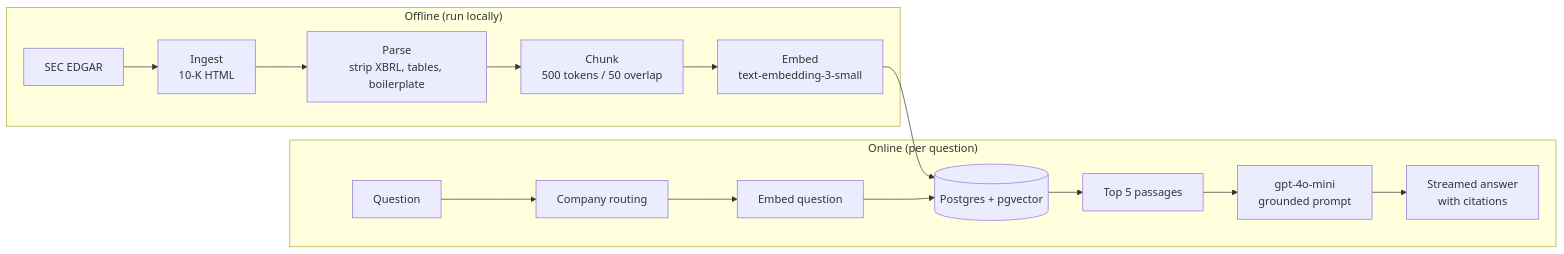
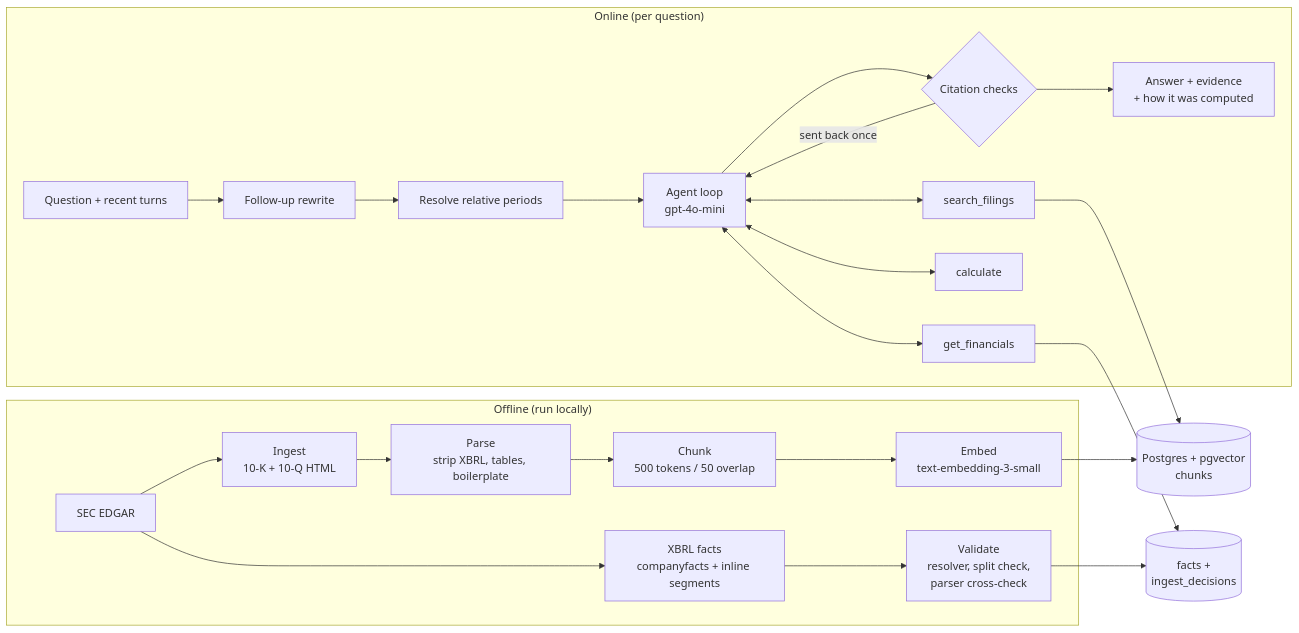
The first of 2 diagrams in README.md (dennisdang5/earnings-rag), drawn with Mermaid before and after one commit. The commit also changed other lines of this file, not shown here.

Commit message:
README: describe the agent, facts, UI and agent eval

````diff
--- a/README.md
+++ b/README.md
@@ -34,20 +43,29 @@
 ```mermaid
 flowchart LR
     subgraph Offline["Offline (run locally)"]
-        A[SEC EDGAR] --> B[Ingest<br/>10-K HTML]
+        A[SEC EDGAR] --> B[Ingest<br/>10-K + 10-Q HTML]
         B --> C[Parse<br/>strip XBRL, tables, boilerplate]
         C --> D[Chunk<br/>500 tokens / 50 overlap]
         D --> E[Embed<br/>text-embedding-3-small]
+        A --> X[XBRL facts<br/>companyfacts + inline segments]
+        X --> V[Validate<br/>resolver, split check,<br/>parser cross-check]
     end
 
-    E --> F[(Postgres + pgvector)]
+    E --> F[(Postgres + pgvector<br/>chunks)]
+    V --> FT[(facts +<br/>ingest_decisions)]
 
     subgraph Online["Online (per question)"]
-        Q[Question] --> R[Company routing]
-        R --> S[Embed question]
-        S --> F
-        F --> T[Top 5 passages]
-        T --> G[gpt-4o-mini<br/>grounded prompt]
-        G --> U[Streamed answer<br/>with citations]
+        Q[Question + recent turns] --> RW[Follow-up rewrite]
+        RW --> PR[Resolve relative periods]
+        PR --> L[Agent loop<br/>gpt-4o-mini]
+        L <--> T1[search_filings]
+        L <--> T2[get_financials]
+        L <--> T3[calculate]
+        L --> CK{Citation checks}
+        CK -- sent back once --> L
+        CK --> U[Answer + evidence<br/>+ how it was computed]
     end
+
+    T1 --> F
+    T2 --> FT
 ```
````
